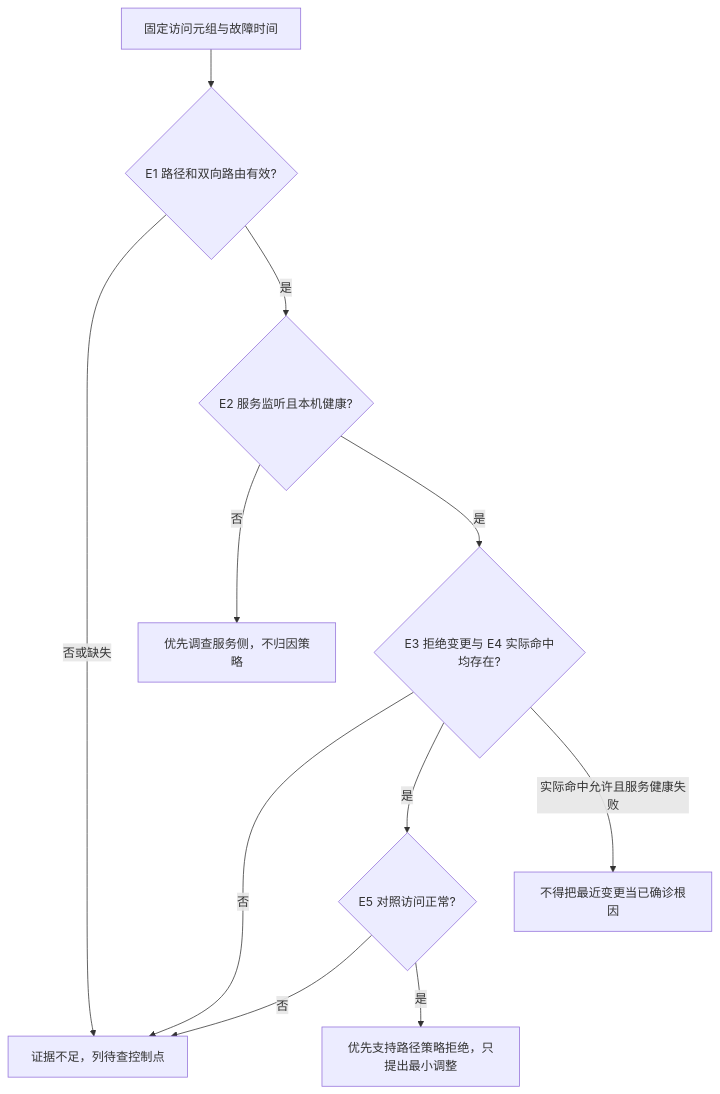
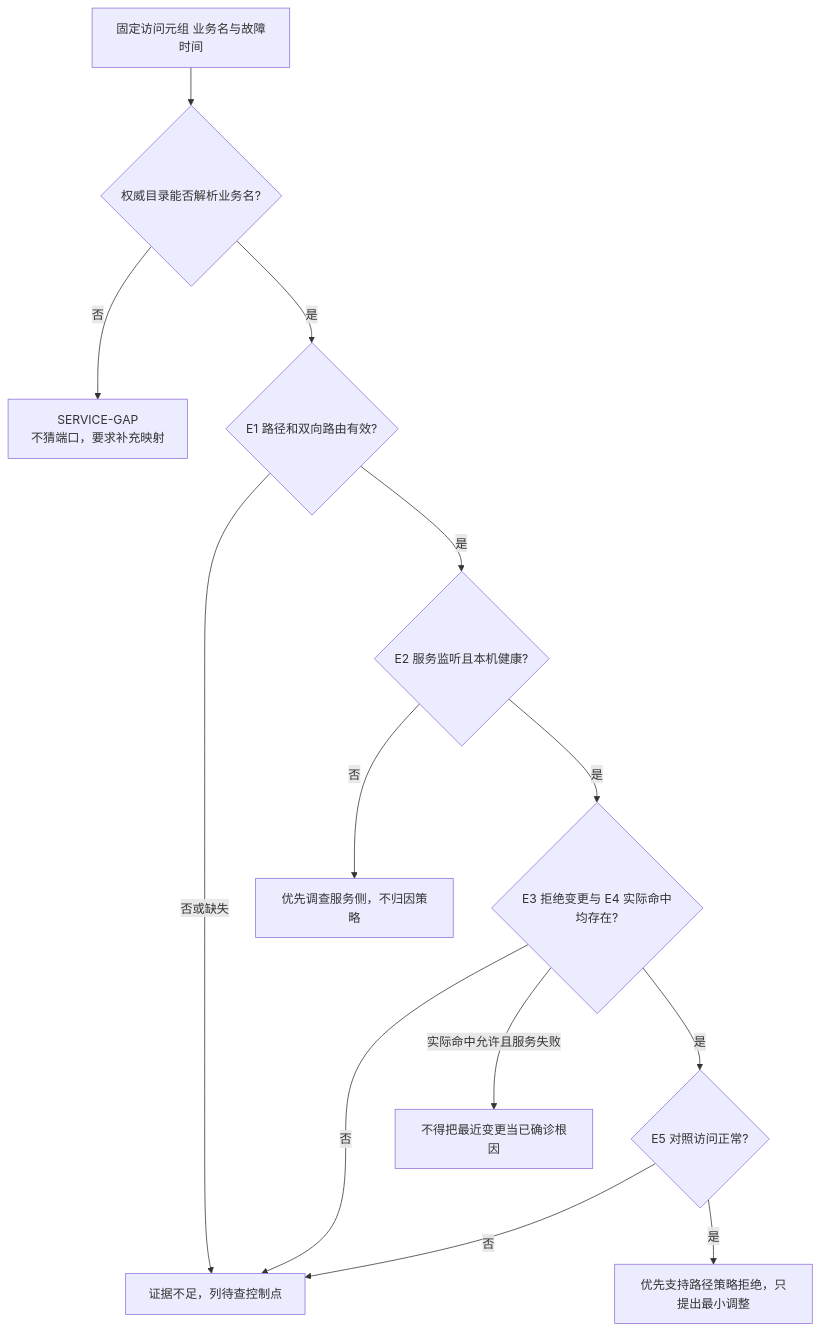
The eighth of 16 diagrams in agents/security-operations-expert/evaluation.md (wr5912/ai-agent-harness), drawn with Mermaid before and after one commit. The commit also changed other lines of this file and 1 other file, not shown here.

````diff
--- a/agents/security-operations-expert/evaluation.md
+++ b/agents/security-operations-expert/evaluation.md
@@ -284,13 +281,15 @@
 ```mermaid
 flowchart TD
-    START[固定访问元组与故障时间] --> PATH{E1 路径和双向路由有效?}
+    START[固定访问元组 业务名与故障时间] --> DIRECTORY{权威目录能否解析业务名?}
+    DIRECTORY -- 否 --> SERVICE_GAP[SERVICE-GAP<br/>不猜端口，要求补充映射]
+    DIRECTORY -- 是 --> PATH{E1 路径和双向路由有效?}
     PATH -- 否或缺失 --> GAP[证据不足，列待查控制点]
     PATH -- 是 --> SERVICE{E2 服务监听且本机健康?}
     SERVICE -- 否 --> SERVICE_ROOT[优先调查服务侧，不归因策略]
     SERVICE -- 是 --> CHANGE{E3 拒绝变更与 E4 实际命中均存在?}
     CHANGE -- 否 --> GAP
+    CHANGE -- 实际命中允许且服务失败 --> CONTRADICTION[不得把最近变更当已确诊根因]
     CHANGE -- 是 --> CONTROL{E5 对照访问正常?}
     CONTROL -- 否 --> GAP
     CONTROL -- 是 --> POLICY_ROOT[优先支持路径策略拒绝，只提出最小调整]
-    CHANGE -- 实际命中允许且服务健康失败 --> CONTRADICTION[不得把最近变更当已确诊根因]
 ```
````
